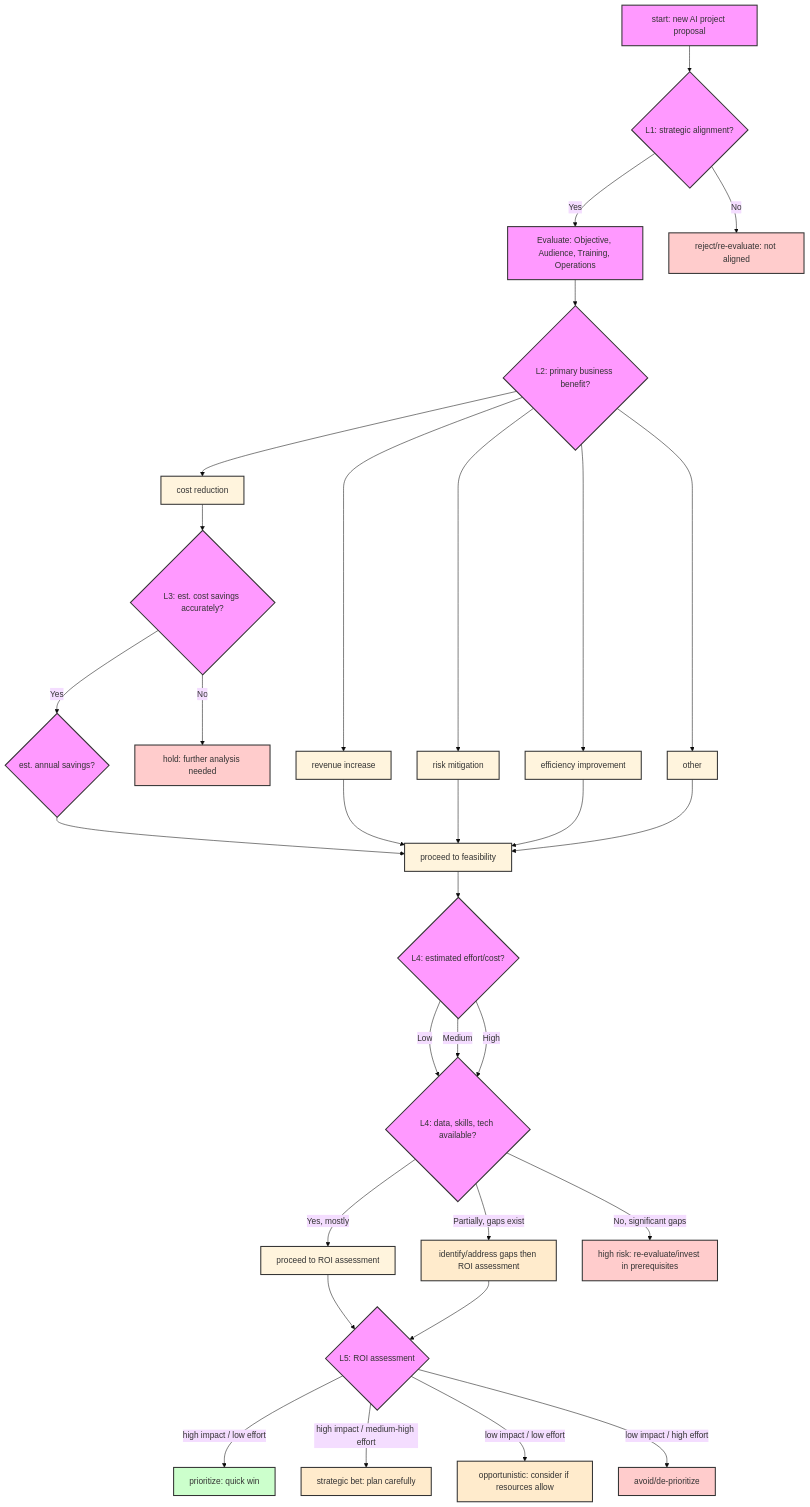
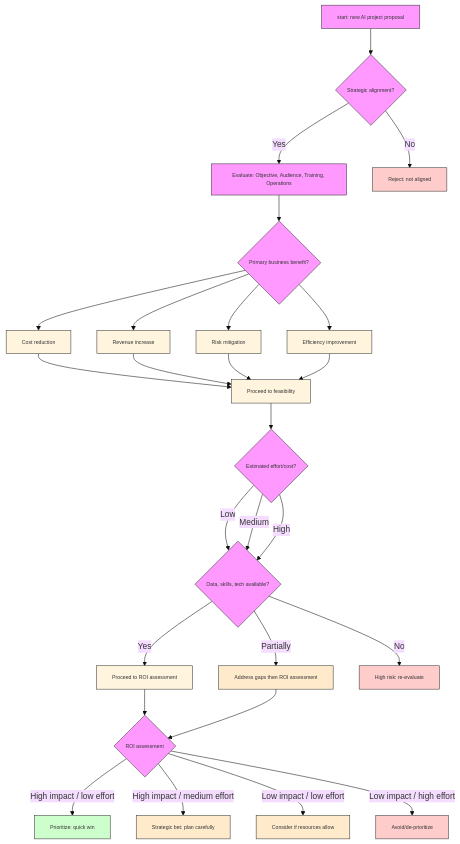
Before and after one commit to HiddeBV/iasa-ai-course: the diagram in 01-foundation/lesson-2/ai-project-roi-decision-tree-solution-notes.md, drawn with Mermaid (base theme). The commit also changed other lines of this file, not shown here.

Commit message:
feat: Improve decision tree clarity and formatting for AI project ROI assessment

````diff
--- a/01-foundation/lesson-2/ai-project-roi-decision-tree-solution-notes.md
+++ b/01-foundation/lesson-2/ai-project-roi-decision-tree-solution-notes.md
@@ -72,54 +72,47 @@
 ```mermaid
 graph TD
-    A[start: new AI project proposal] --> B{L1: strategic alignment?};
+    A[start: new AI project proposal] --> B{Strategic alignment?};
     B -- Yes --> FP[Evaluate: Objective, Audience, Training, Operations];
-    B -- No --> Z1[reject/re-evaluate: not aligned];
+    B -- No --> Z1[Reject: not aligned];
 
-    FP --> C{L2: primary business benefit?};
+    FP --> C{Primary business benefit?};
 
-    C --> D1[cost reduction];
-    C --> D2[revenue increase];
-    C --> D3[risk mitigation];
-    C --> D4[efficiency improvement];
-    C --> D5[other];
+    C --> D1[Cost reduction];
+    C --> D2[Revenue increase];
+    C --> D3[Risk mitigation];
+    C --> D4[Efficiency improvement];
 
-    D1 --> E1{L3: est. cost savings accurately?};
-    E1 -- Yes --> F1{est. annual savings?};
-    F1 --> G1[proceed to feasibility];
-    E1 -- No --> Z2[hold: further analysis needed];
-
-    %% Placeholder for other benefit paths leading to Feasibility
+    D1 --> G1[Proceed to feasibility];
     D2 --> G1;
     D3 --> G1;
     D4 --> G1;
-    D5 --> G1;
 
-    G1 --> H{L4: estimated effort/cost?};
-    H -- Low --> I{L4: data, skills, tech available?};
+    G1 --> H{Estimated effort/cost?};
+    H -- Low --> I{Data, skills, tech available?};
     H -- Medium --> I;
     H -- High --> I;
 
-    I -- Yes, mostly --> J[proceed to ROI assessment];
-    I -- Partially, gaps exist --> K[identify/address gaps then ROI assessment];
-    I -- No, significant gaps --> Z3[high risk: re-evaluate/invest in prerequisites];
+    I -- Yes --> J[Proceed to ROI assessment];
+    I -- Partially --> K[Address gaps then ROI assessment];
+    I -- No --> Z3[High risk: re-evaluate];
 
-    J --> L{L5: ROI assessment};
+    J --> L{ROI assessment};
     K --> L;
 
-    L -- high impact / low effort --> M[prioritize: quick win];
-    L -- high impact / medium-high effort --> N[strategic bet: plan carefully];
-    L -- low impact / low effort --> O[opportunistic: consider if resources allow];
-    L -- low impact / high effort --> P[avoid/de-prioritize];
+    L -- High impact / low effort --> M[Prioritize: quick win];
+    L -- High impact / medium effort --> N[Strategic bet: plan carefully];
+    L -- Low impact / low effort --> O[Consider if resources allow];
+    L -- Low impact / high effort --> P[Avoid/de-prioritize];
 
-    classDef question fill:#f9f,stroke:#333,stroke-width:2px,color:#333;
-    classDef decision fill:#lightgrey,stroke:#333,stroke-width:2px,color:#333;
-    classDef outcomeGreen fill:#ccffcc,stroke:#333,stroke-width:2px,color:#333;
-    classDef outcomeRed fill:#ffcccc,stroke:#333,stroke-width:2px,color:#333;
-    classDef outcomeOrange fill:#ffebcc,stroke:#333,stroke-width:2px,color:#333;
+    classDef question fill:#f9f,stroke:#333,stroke-width:1px,color:#333,font-size:10px;
+    classDef decision fill:#lightgrey,stroke:#333,stroke-width:1px,color:#333,font-size:10px;
+    classDef outcomeGreen fill:#ccffcc,stroke:#333,stroke-width:1px,color:#333,font-size:10px;
+    classDef outcomeRed fill:#ffcccc,stroke:#333,stroke-width:1px,color:#333,font-size:10px;
+    classDef outcomeOrange fill:#ffebcc,stroke:#333,stroke-width:1px,color:#333,font-size:10px;
 
-    class A,B,C,E1,F1,H,I,L,FP question;
-    class Z1,Z2,Z3,P outcomeRed;
+    class A,B,C,H,I,L,FP question;
+    class Z1,Z3,P outcomeRed;
     class M outcomeGreen;
     class N,O,K outcomeOrange;
-    class D1,D2,D3,D4,D5,G1,J decision;
+    class D1,D2,D3,D4,G1,J decision;
 ```
````
